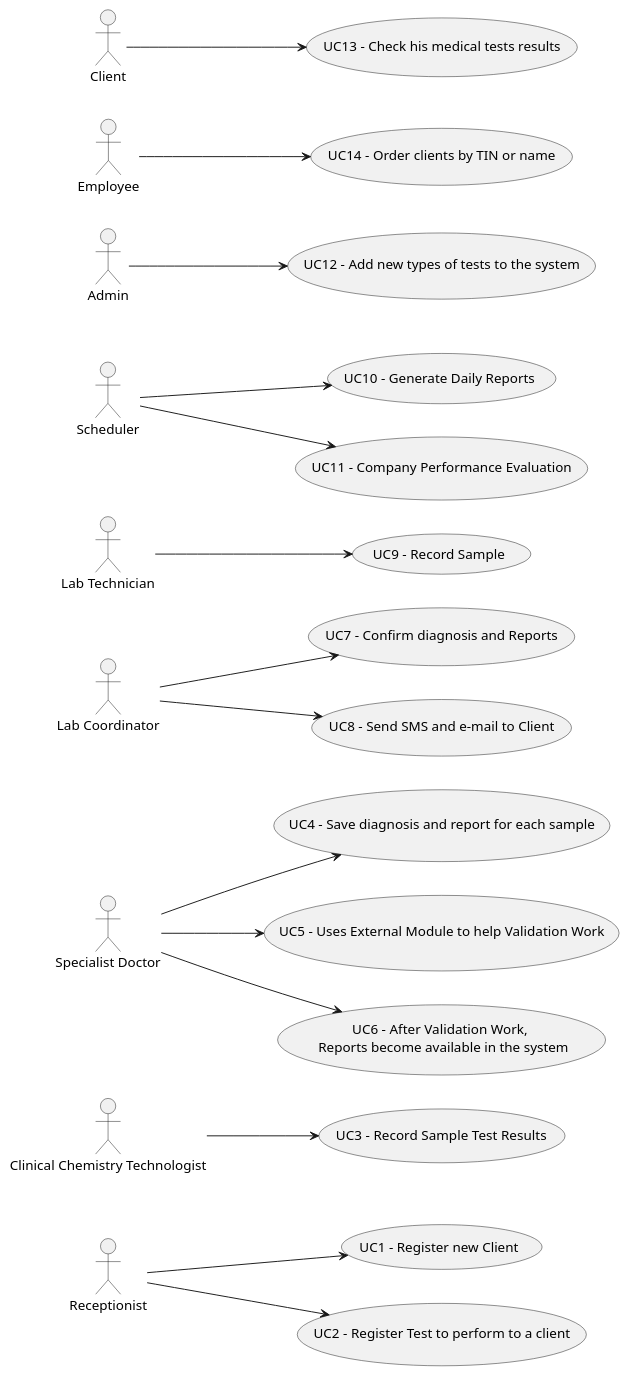
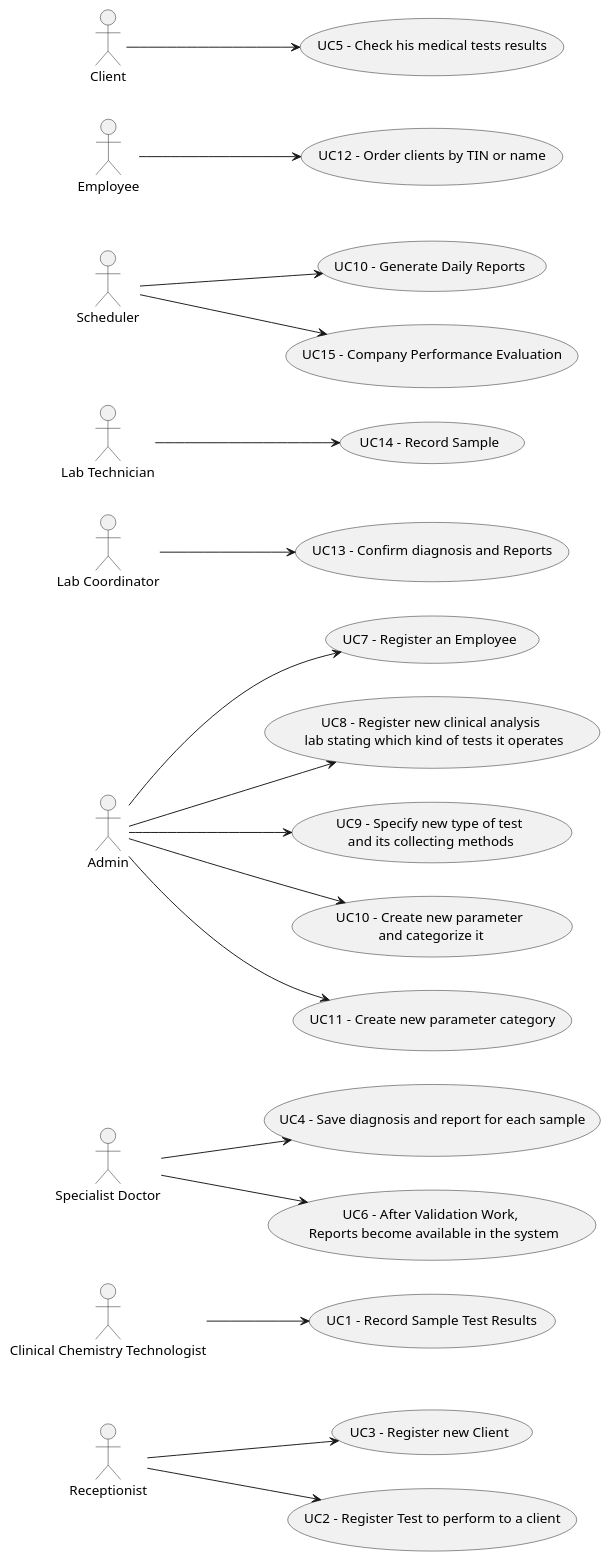
Before and after one commit to GuilhermeCunha79/lapr2: the diagram in docs/SprintA/UC_Diagram.puml, drawn with PlantUML. The commit also changed 1 other file, not shown here.

Commit message:
US10 Engineering Requirements - Development Update; UC Diagram Update

```diff
--- a/docs/SprintA/UC_Diagram.puml
+++ b/docs/SprintA/UC_Diagram.puml
@@ -1,29 +1,33 @@
 @startuml
 'https://plantuml.com/use-case-diagram
 
 left to right direction
 :Receptionist: as Recep
-Recep --> (UC1 - Register new Client)
+Recep --> (UC3 - Register new Client)
 Recep --> (UC2 - Register Test to perform to a client)
-:Clinical Chemistry Technologist: --> (UC3 - Record Sample Test Results)
+:Clinical Chemistry Technologist: --> (UC1 - Record Sample Test Results)
 :Specialist Doctor: --> (UC4 - Save diagnosis and report for each sample)
-:Specialist Doctor: --> (UC5 - Uses External Module to help Validation Work)
 :Specialist Doctor: --> (UC6 - After Validation Work, \n Reports become available in the system)
+:Admin: --> (UC7 - Register an Employee)
+:Admin: --> (UC8 - Register new clinical analysis \n lab stating which kind of tests it operates)
+:Admin: --> (UC9 - Specify new type of test\n and its collecting methods)
+:Admin: --> (UC10 - Create new parameter\n and categorize it)
+:Admin: --> (UC11 - Create new parameter category)
+
 
 :Lab Coordinator: as lc
-(UC7 - Confirm diagnosis and Reports) as UC7
-(UC8 - Send SMS and e-mail to Client) as UC8
+(UC13 - Confirm diagnosis and Reports) as UC15
 :Lab Technician: as lt
-(UC9 - Record Sample) as UC9
+(UC14 - Record Sample) as UC14
 
 :Scheduler: --> (UC10 - Generate Daily Reports)
-:Scheduler: --> (UC11 - Company Performance Evaluation)
-lc --> UC7
-lc --> UC8
+:Scheduler: --> (UC15 - Company Performance Evaluation)
+lc --> UC15
 
-lt --> UC9
 
-:Admin: --> (UC12 - Add new types of tests to the system)
-:Employee: --> (UC14 - Order clients by TIN or name)
-:Client: --> (UC13 - Check his medical tests results)
+lt --> UC14
+
+
+:Employee: --> (UC12 - Order clients by TIN or name)
+:Client: --> (UC5 - Check his medical tests results)
 @enduml
```
